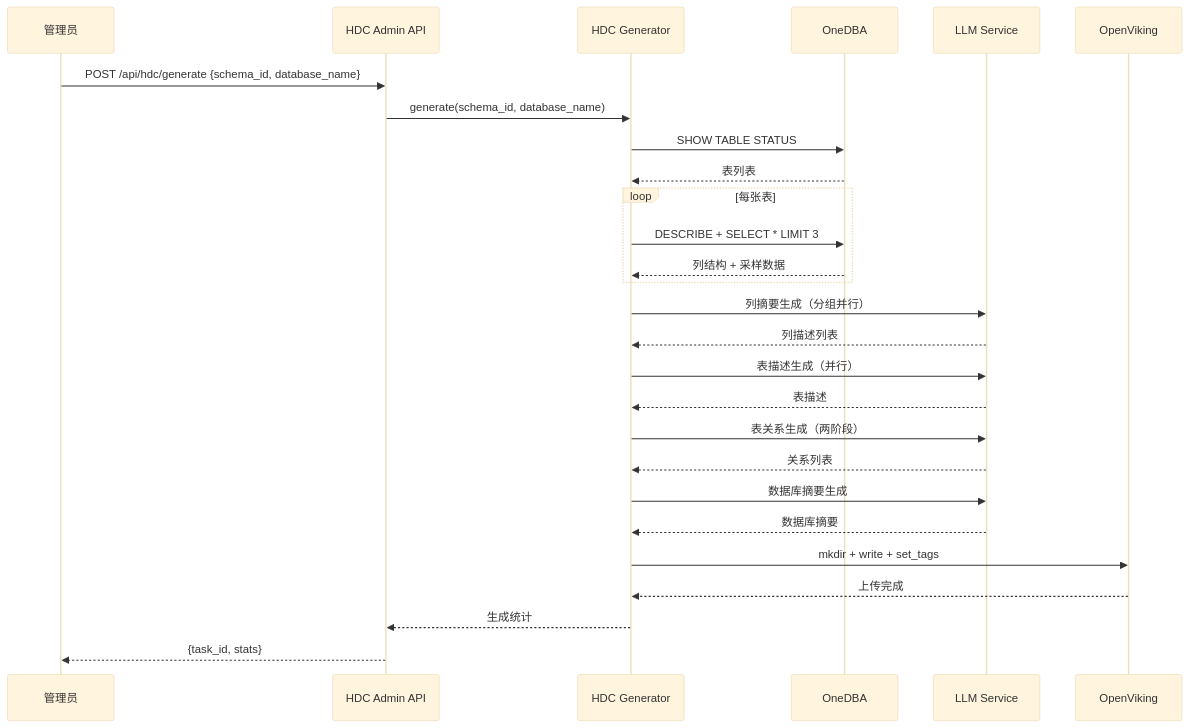
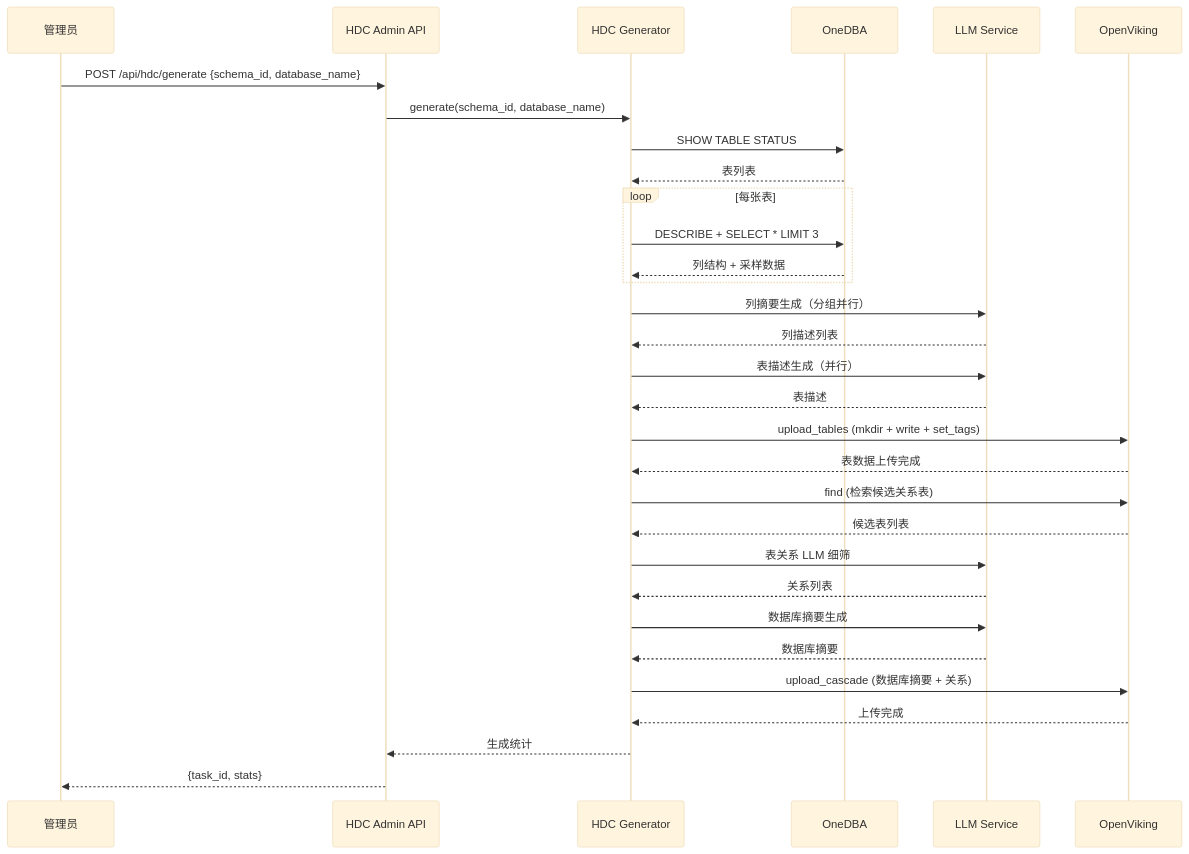
The third of 3 diagrams in .kiro/specs/hdc-datavault-knowledge-base/design.md (SSSSiren/DBAgent), drawn with Mermaid (base theme) before and after one commit. The commit also changed 20 other files, not shown here.

````diff
--- a/.kiro/specs/hdc-datavault-knowledge-base/design.md
+++ b/.kiro/specs/hdc-datavault-knowledge-base/design.md
@@ -180,30 +180,34 @@
 ```mermaid
 sequenceDiagram
     participant Admin as 管理员
     participant API as HDC Admin API
     participant Gen as HDC Generator
     participant OneDBA as OneDBA
     participant LLM as LLM Service
     participant OV as OpenViking
 
     Admin->>API: POST /api/hdc/generate {schema_id, database_name}
     API->>Gen: generate(schema_id, database_name)
     Gen->>OneDBA: SHOW TABLE STATUS
     OneDBA-->>Gen: 表列表
     loop 每张表
         Gen->>OneDBA: DESCRIBE + SELECT * LIMIT 3
         OneDBA-->>Gen: 列结构 + 采样数据
     end
     Gen->>LLM: 列摘要生成（分组并行）
     LLM-->>Gen: 列描述列表
     Gen->>LLM: 表描述生成（并行）
     LLM-->>Gen: 表描述
-    Gen->>LLM: 表关系生成（两阶段）
+    Gen->>OV: upload_tables (mkdir + write + set_tags)
+    OV-->>Gen: 表数据上传完成
+    Gen->>OV: find (检索候选关系表)
+    OV-->>Gen: 候选表列表
+    Gen->>LLM: 表关系 LLM 细筛
     LLM-->>Gen: 关系列表
     Gen->>LLM: 数据库摘要生成
     LLM-->>Gen: 数据库摘要
-    Gen->>OV: mkdir + write + set_tags
+    Gen->>OV: upload_cascade (数据库摘要 + 关系)
     OV-->>Gen: 上传完成
     Gen-->>API: 生成统计
     API-->>Admin: {task_id, stats}
 ```
````
